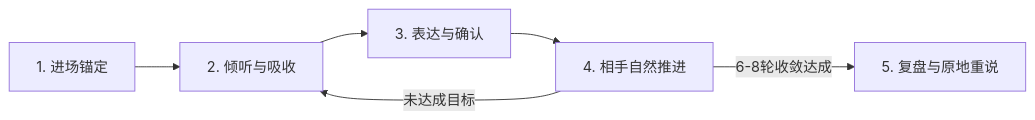
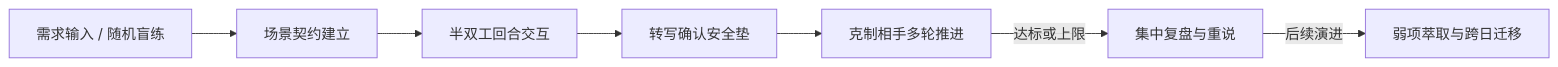
Before and after one commit to Senn-s-Team/KaiwaDemo: the first of 6 diagrams in docs/product-summary.md, drawn with Mermaid. The commit also changed other lines of this file and 16 other files, not shown here.

````diff
--- a/docs/product-summary.md
+++ b/docs/product-summary.md
@@ -46,8 +9,9 @@
 ```mermaid
 flowchart LR
-    A[1. 进场锚定] --> B[2. 倾听与吸收]
-    B --> C[3. 表达与确认]
-    C --> D[4. 相手自然推进]
-    D -->|未达成目标| B
-    D -->|6-8轮收敛达成| E[5. 复盘与原地重说]
+    A[需求输入 / 随机盲练] --> B[场景契约建立]
+    B --> C[半双工回合交互]
+    C --> D[转写确认安全垫]
+    D --> E[克制相手多轮推进]
+    E -->|达标或上限| F[集中复盘与重说]
+    F -->|后续演进| G[弱项萃取与跨日迁移]
 ```
````
